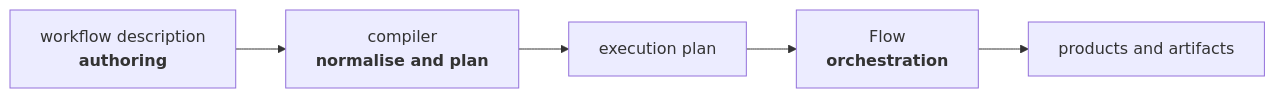
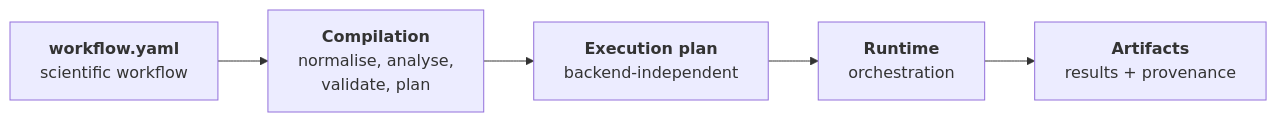
One commit to FAST-HEP/fasthep-flow changed the first of 3 diagrams in docs/index.md. Above: the diagram before and after it, drawn with Mermaid. The commit also changed other lines of this file and 7 other files, not shown here.

````diff
--- a/docs/index.md
+++ b/docs/index.md
@@ -11,10 +11,10 @@
 ```{mermaid}
 flowchart LR
-    Author["workflow description<br/><b>authoring</b>"]
-    Compile["compiler<br/><b>normalise and plan</b>"]
-    Plan["execution plan"]
-    Flow["Flow<br/><b>orchestration</b>"]
-    Outputs["products and artifacts"]
+    Workflow["<b>workflow.yaml</b><br/>scientific workflow"]:::input
+    Compile["<b>Compilation</b><br/>normalise, analyse,<br/>validate, plan"]:::flow
+    Plan["<b>Execution plan</b><br/>backend-independent"]:::plan
+    Runtime["<b>Runtime</b><br/>orchestration"]:::runtime
+    Outputs["<b>Artifacts</b><br/>results + provenance"]:::artifact
 
-    Author --> Compile --> Plan --> Flow --> Outputs
+    Workflow --> Compile --> Plan --> Runtime --> Outputs
 ```
````
